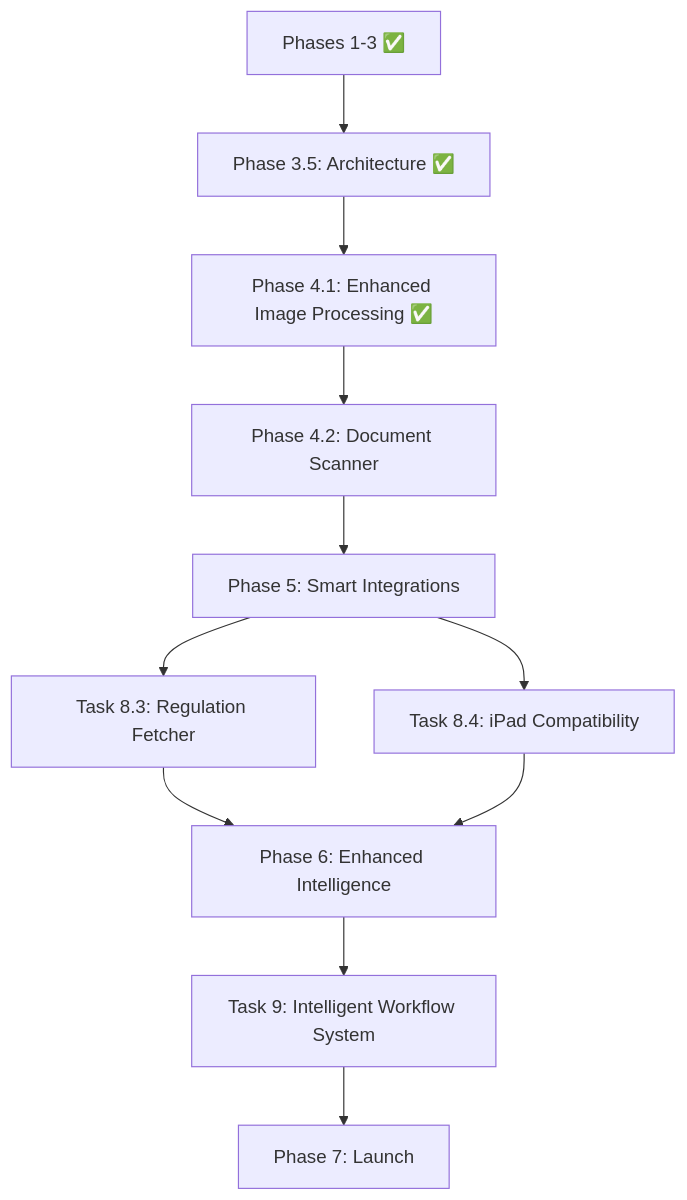
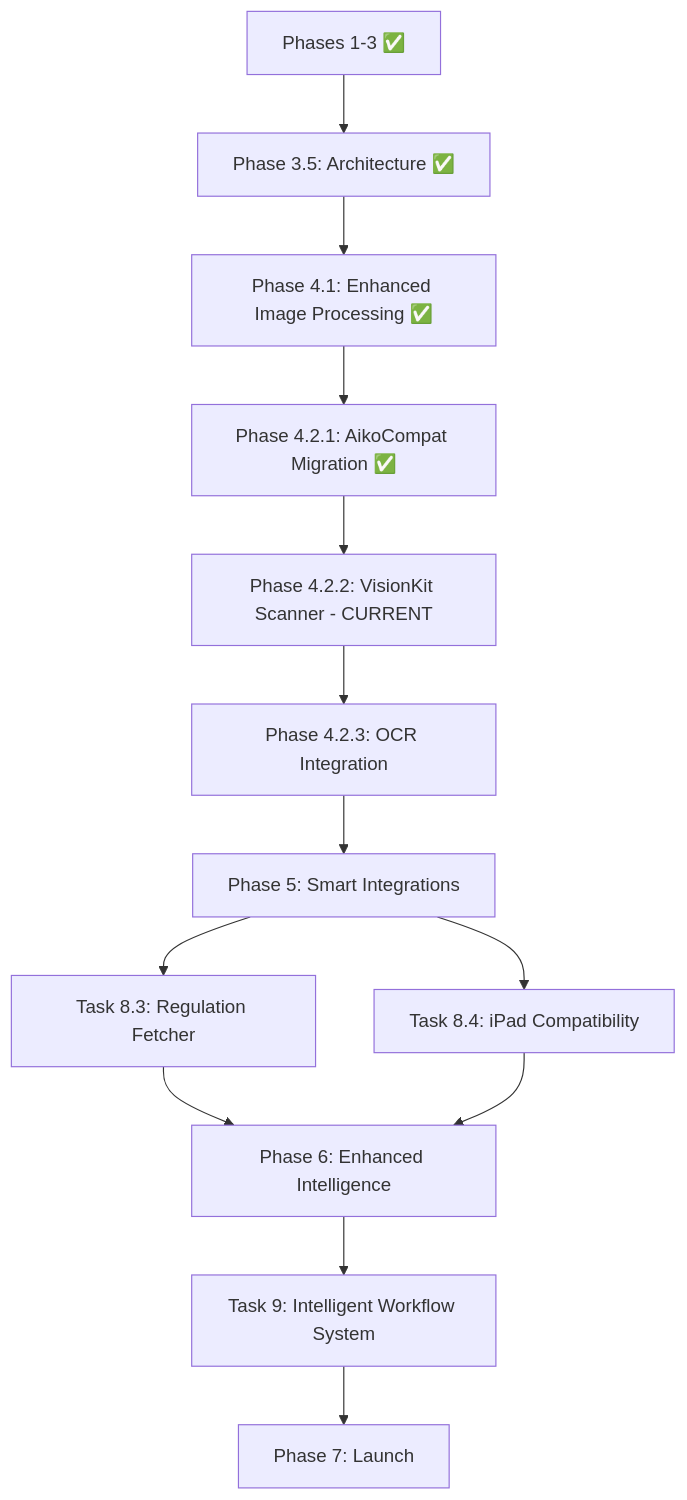
The diagram in Project_Tasks.md (JoshMcDev/AIKO-IOS), drawn with Mermaid before and after one commit. The commit also changed other lines of this file and 25 other files, not shown here.

First line of the commit message:
Fix VisionKit TCA integration and structural syntax errors

````diff
--- a/Project_Tasks.md
+++ b/Project_Tasks.md
@@ -583,13 +603,15 @@
 ```mermaid
 graph TD
     A[Phases 1-3 ✅] --> B[Phase 3.5: Architecture ✅]
     B --> C[Phase 4.1: Enhanced Image Processing ✅]
-    C --> D[Phase 4.2: Document Scanner]
-    D --> E[Phase 5: Smart Integrations]
-    E --> F[Task 8.3: Regulation Fetcher]
-    E --> G[Task 8.4: iPad Compatibility]
-    F --> H[Phase 6: Enhanced Intelligence]
-    G --> H
-    H --> I[Task 9: Intelligent Workflow System]
-    I --> J[Phase 7: Launch]
+    C --> D[Phase 4.2.1: AikoCompat Migration ✅]
+    D --> E[Phase 4.2.2: VisionKit Scanner - CURRENT]
+    E --> F[Phase 4.2.3: OCR Integration]
+    F --> G[Phase 5: Smart Integrations]
+    G --> H[Task 8.3: Regulation Fetcher]
+    G --> I[Task 8.4: iPad Compatibility]
+    H --> J[Phase 6: Enhanced Intelligence]
+    I --> J
+    J --> K[Task 9: Intelligent Workflow System]
+    K --> L[Phase 7: Launch]
 ```
````
